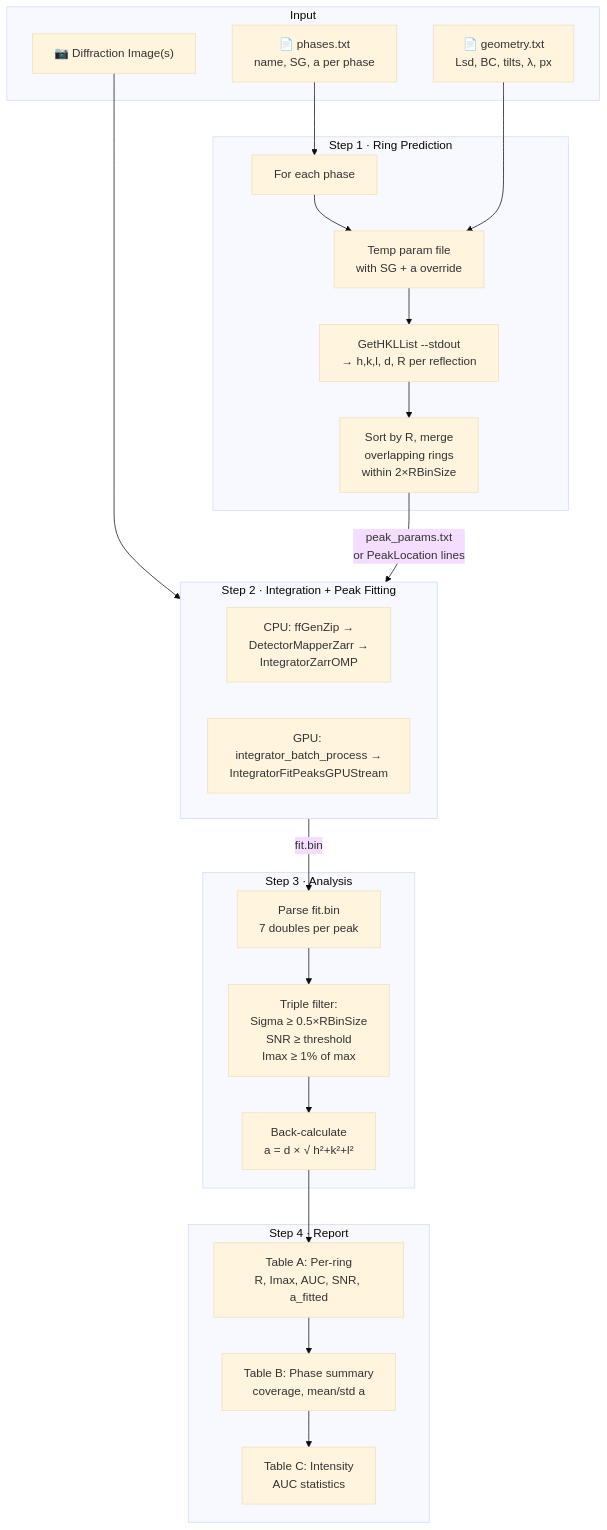
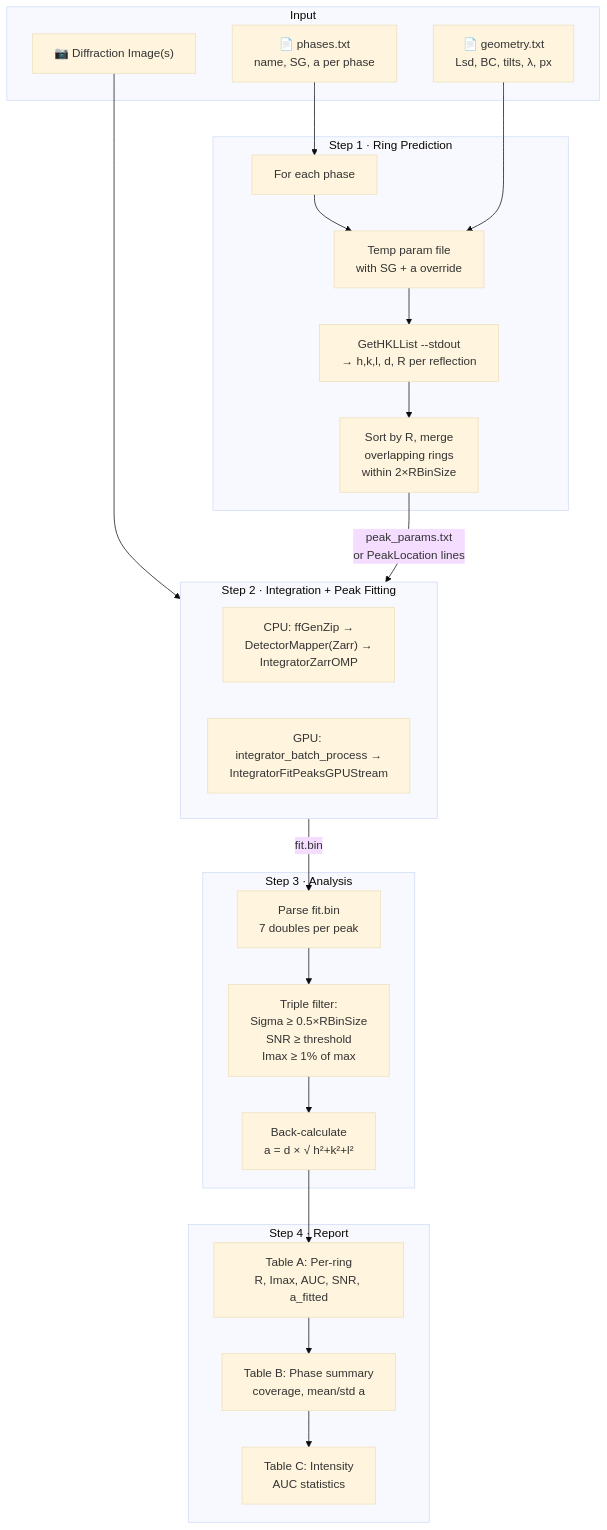
The diagram in manuals/FF_Phase_Identification.md (marinerhemant/MIDAS), drawn with Mermaid (base theme) before and after one commit. The commit also changed other lines of this file and 2 other files, not shown here.

````diff
--- a/manuals/FF_Phase_Identification.md
+++ b/manuals/FF_Phase_Identification.md
@@ -18,43 +18,43 @@
 ```mermaid
 flowchart TD
     subgraph Input
         IMG["📷 Diffraction Image(s)"]
         GEOM["📄 geometry.txt<br/>Lsd, BC, tilts, λ, px"]
         PHASES["📄 phases.txt<br/>name, SG, a per phase"]
     end
 
     subgraph S1["Step 1 · Ring Prediction"]
         LOOP["For each phase"]
         TMP["Temp param file<br/>with SG + a override"]
         HKL["GetHKLList --stdout<br/>→ h,k,l, d, R per reflection"]
         DEDUP["Sort by R, merge<br/>overlapping rings<br/>within 2×RBinSize"]
     end
 
     PHASES --> LOOP --> TMP --> HKL --> DEDUP
     GEOM --> TMP
 
     subgraph S2["Step 2 · Integration + Peak Fitting"]
         direction LR
-        CPU["CPU: ffGenZip →<br/>DetectorMapperZarr →<br/>IntegratorZarrOMP"]
+        CPU["CPU: ffGenZip →<br/>DetectorMapper(Zarr) →<br/>IntegratorZarrOMP"]
         GPU["GPU: integrator_batch_process →<br/>IntegratorFitPeaksGPUStream"]
     end
 
     IMG --> S2
     DEDUP -->|"peak_params.txt<br/>or PeakLocation lines"| S2
 
     subgraph S3["Step 3 · Analysis"]
         PARSE["Parse fit.bin<br/>7 doubles per peak"]
         FILTER["Triple filter:<br/>Sigma ≥ 0.5×RBinSize<br/>SNR ≥ threshold<br/>Imax ≥ 1% of max"]
         CALC["Back-calculate<br/>a = d × √ h²+k²+l² "]
     end
 
     S2 -->|"fit.bin"| PARSE --> FILTER --> CALC
 
     subgraph S4["Step 4 · Report"]
         T1["Table A: Per-ring<br/>R, Imax, AUC, SNR, a_fitted"]
         T2["Table B: Phase summary<br/>coverage, mean/std a"]
         T3["Table C: Intensity<br/>AUC statistics"]
     end
 
     CALC --> T1 --> T2 --> T3
 ```
````
